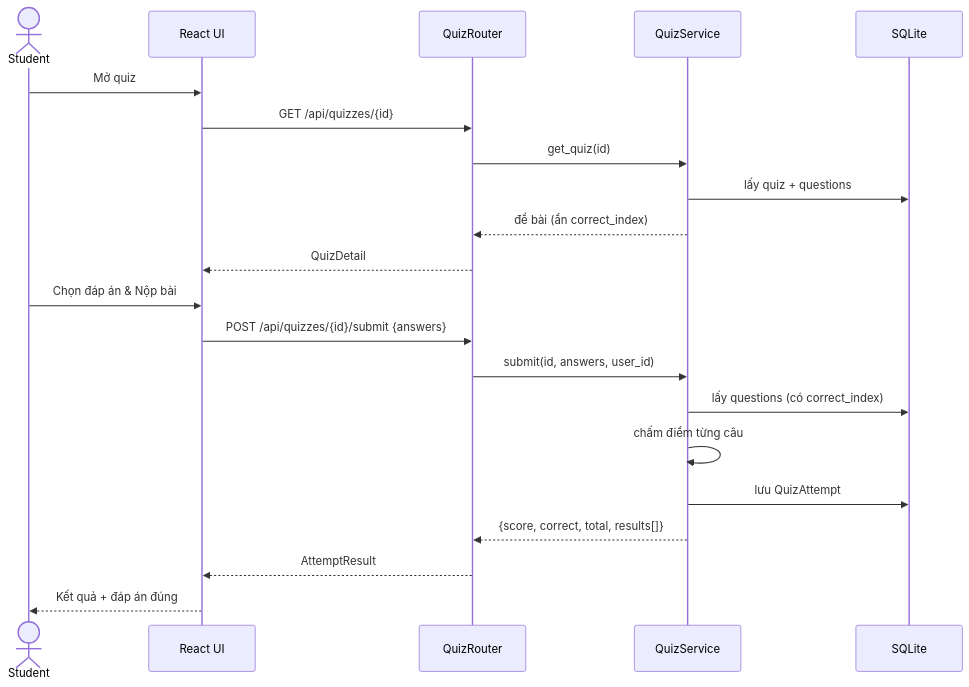
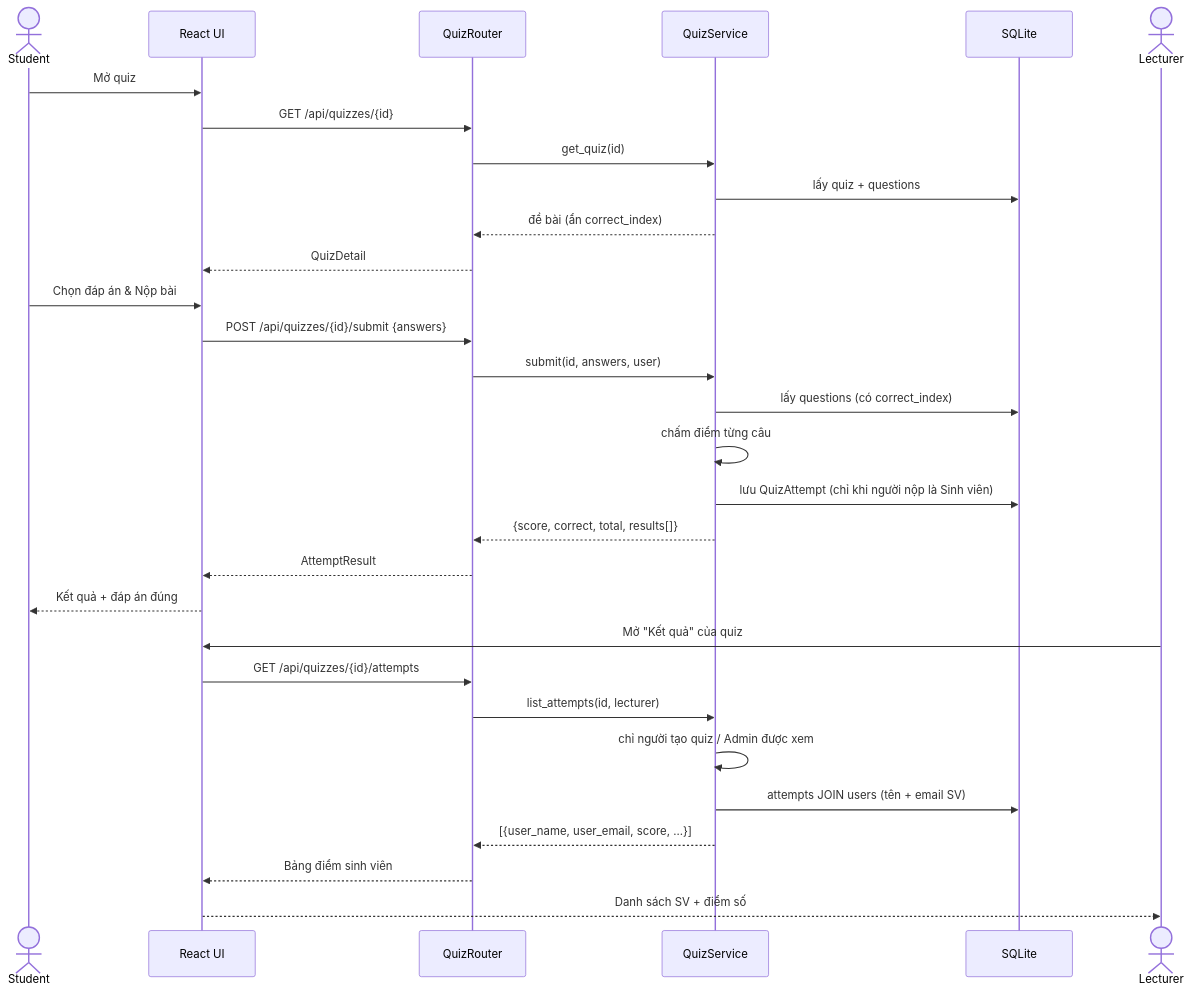
Before and after one commit to Scobydoo1/swd: the fifth of 9 diagrams in readme.md, drawn with Mermaid. The commit also changed other lines of this file and 29 other files, not shown here.

First line of the commit message:
feat(rooms): phòng học Lecturer/Admin + chat chỉ Sinh viên + bảng điểm quiz

````diff
--- a/readme.md
+++ b/readme.md
@@ -264,25 +288,35 @@
 ```mermaid
 sequenceDiagram
     actor S as Student
     participant FE as React UI
     participant R as QuizRouter
     participant SV as QuizService
     participant DB as SQLite
 
     S->>FE: Mở quiz
     FE->>R: GET /api/quizzes/{id}
     R->>SV: get_quiz(id)
     SV->>DB: lấy quiz + questions
     SV-->>R: đề bài (ẩn correct_index)
     R-->>FE: QuizDetail
 
     S->>FE: Chọn đáp án & Nộp bài
     FE->>R: POST /api/quizzes/{id}/submit {answers}
-    R->>SV: submit(id, answers, user_id)
+    R->>SV: submit(id, answers, user)
     SV->>DB: lấy questions (có correct_index)
     SV->>SV: chấm điểm từng câu
-    SV->>DB: lưu QuizAttempt
+    SV->>DB: lưu QuizAttempt (chỉ khi người nộp là Sinh viên)
     SV-->>R: {score, correct, total, results[]}
     R-->>FE: AttemptResult
     FE-->>S: Kết quả + đáp án đúng
+
+    actor L as Lecturer
+    L->>FE: Mở "Kết quả" của quiz
+    FE->>R: GET /api/quizzes/{id}/attempts
+    R->>SV: list_attempts(id, lecturer)
+    SV->>SV: chỉ người tạo quiz / Admin được xem
+    SV->>DB: attempts JOIN users (tên + email SV)
+    SV-->>R: [{user_name, user_email, score, ...}]
+    R-->>FE: Bảng điểm sinh viên
+    FE-->>L: Danh sách SV + điểm số
 ```
````
